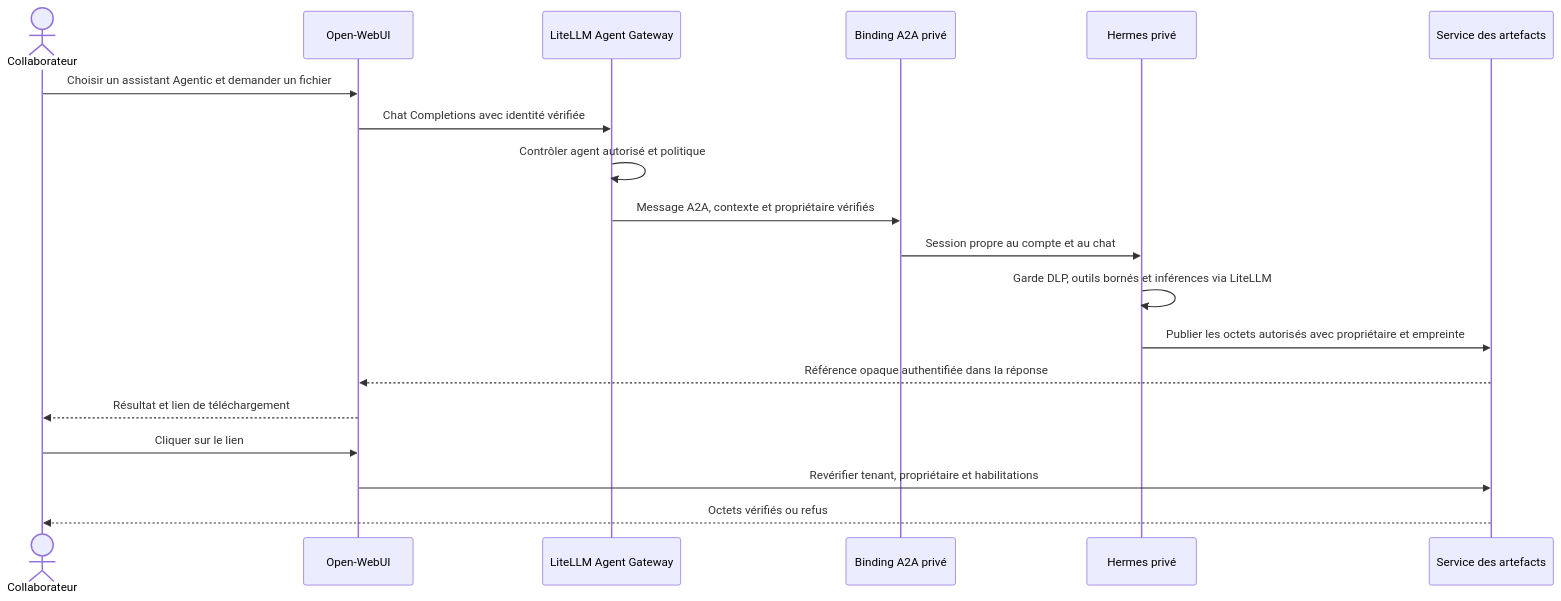
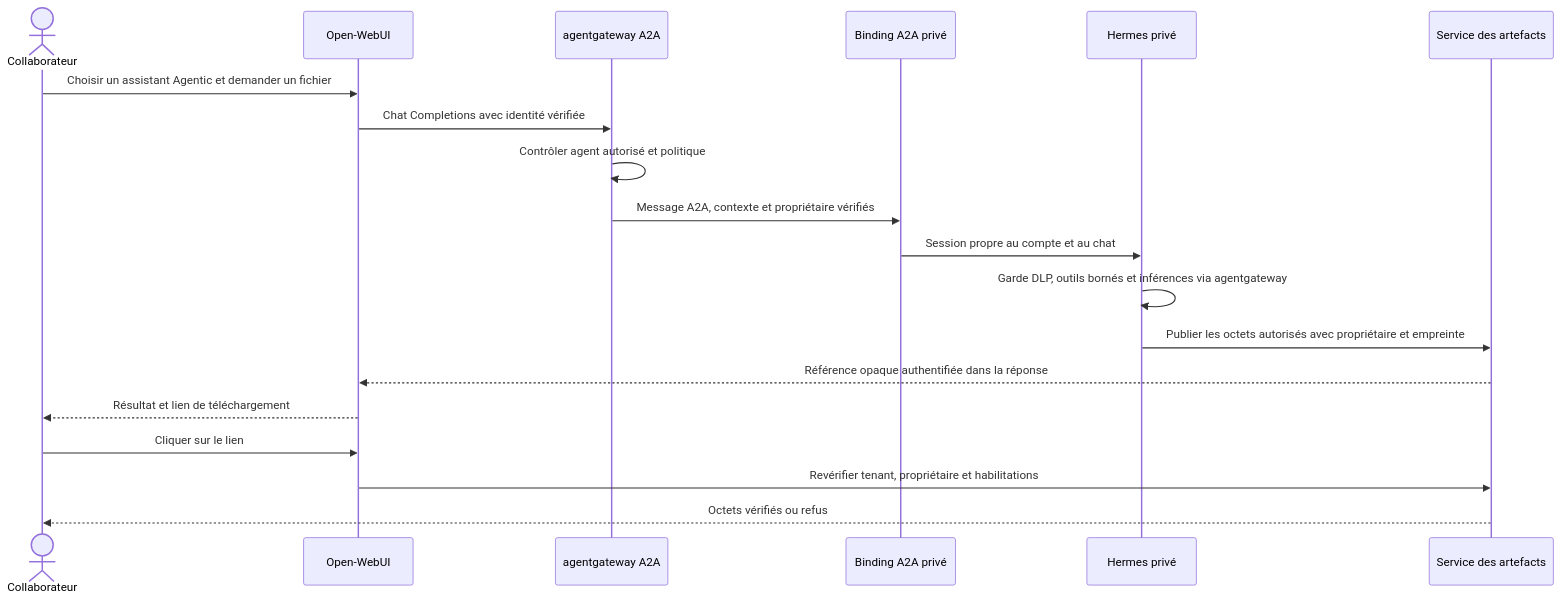
The third of 4 diagrams in docs/v0.7/conception.md (nicolastheuil/ArcIA), drawn with Mermaid before and after one commit. The commit also changed other lines of this file and 39 other files, not shown here.

````diff
--- a/docs/v0.7/conception.md
+++ b/docs/v0.7/conception.md
@@ -90,21 +90,21 @@
 ```mermaid
 sequenceDiagram
     actor U as Collaborateur
     participant W as Open-WebUI
-    participant L as LiteLLM Agent Gateway
+    participant L as agentgateway A2A
     participant B as Binding A2A privé
     participant H as Hermes privé
     participant F as Service des artefacts
     U->>W: Choisir un assistant Agentic et demander un fichier
     W->>L: Chat Completions avec identité vérifiée
     L->>L: Contrôler agent autorisé et politique
     L->>B: Message A2A, contexte et propriétaire vérifiés
     B->>H: Session propre au compte et au chat
-    H->>H: Garde DLP, outils bornés et inférences via LiteLLM
+    H->>H: Garde DLP, outils bornés et inférences via agentgateway
     H->>F: Publier les octets autorisés avec propriétaire et empreinte
     F-->>W: Référence opaque authentifiée dans la réponse
     W-->>U: Résultat et lien de téléchargement
     U->>W: Cliquer sur le lien
     W->>F: Revérifier tenant, propriétaire et habilitations
     F-->>U: Octets vérifiés ou refus
 ```
````
